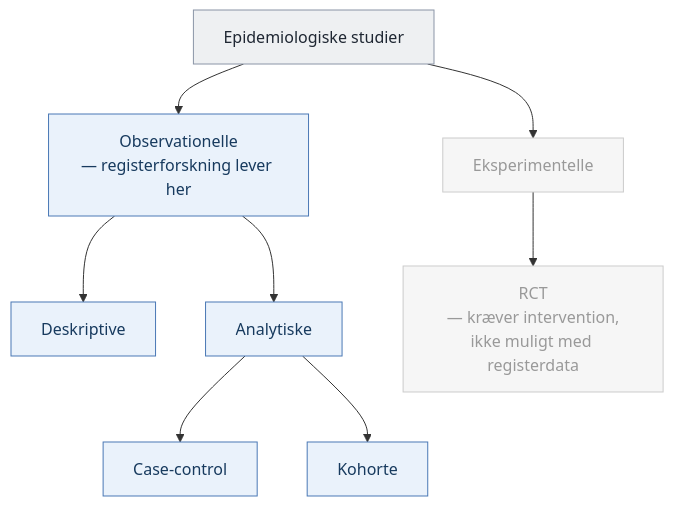
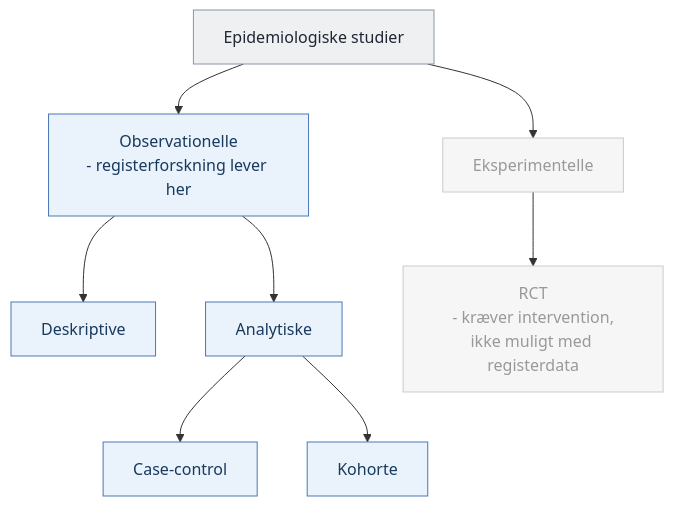
The diagram in docs/da/01_studieforberedelse.qmd (steno-aarhus/registers-guide), drawn with Mermaid before and after one commit. The commit also changed other lines of this file and 78 other files, not shown here.

````diff
--- a/docs/da/01_studieforberedelse.qmd
+++ b/docs/da/01_studieforberedelse.qmd
@@ -20,23 +20,23 @@
 ```{mermaid}
 flowchart TD
     E["Epidemiologiske studier"]:::neutral
-    O["Observationelle<br>— registerforskning lever her"]:::active
+    O["Observationelle<br>- registerforskning lever her"]:::active
     X["Eksperimentelle"]:::ref
     D["Deskriptive"]:::active
     A["Analytiske"]:::active
     CC["Case-control"]:::active
     CO["Kohorte"]:::active
-    R["RCT<br>— kræver intervention,<br>ikke muligt med registerdata"]:::ref
+    R["RCT<br>- kræver intervention,<br>ikke muligt med registerdata"]:::ref
 
     E --> O
     E --> X
     O --> D
     O --> A
     A --> CC
     A --> CO
     X --> R
 
     classDef neutral fill:#eef0f2,stroke:#8a94a6,color:#1f2733;
     classDef active fill:#eaf2fb,stroke:#4a78b5,color:#173a5e;
     classDef ref fill:#f6f6f6,stroke:#cccccc,color:#999999;
 ```
````
